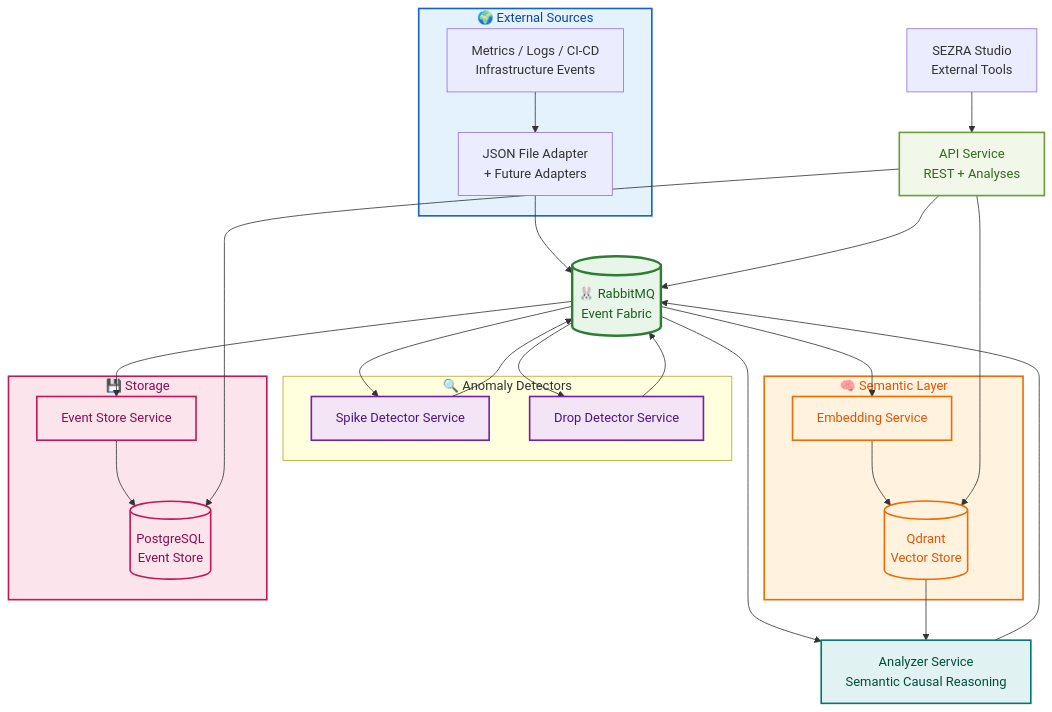
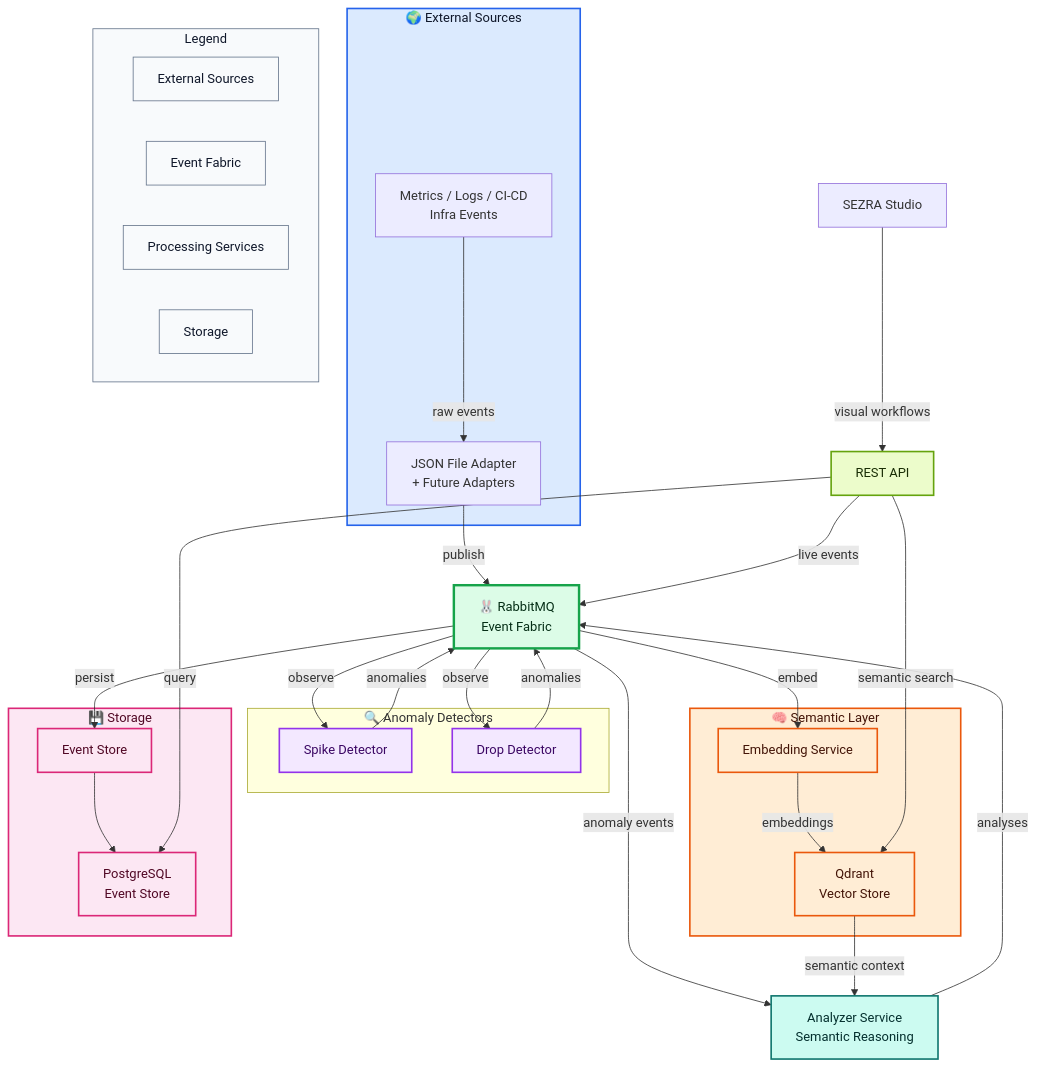
One commit to orhangezginci/sezra changed the diagram in README.md. Above: the diagram before and after it, drawn with Mermaid. The commit also changed other lines of this file, not shown here.

````diff
--- a/README.md
+++ b/README.md
@@ -83,78 +86,112 @@
 ```mermaid
 flowchart TD
-    %% === STYLES ===
-    classDef external fill:#e3f2fd,stroke:#1565c0,stroke-width:2px,color:#0d47a1
-    classDef bus fill:#e8f5e9,stroke:#2e7d32,stroke-width:3px,color:#1b5e20
-    classDef detector fill:#f3e5f5,stroke:#7b1fa2,stroke-width:2px,color:#4a148c
-    classDef semantic fill:#fff3e0,stroke:#ef6c00,stroke-width:2px,color:#e65100
-    classDef storage fill:#fce4ec,stroke:#c2185b,stroke-width:2px,color:#880e4f
-    classDef core fill:#e0f2f1,stroke:#00796b,stroke-width:2px,color:#004d40
-    classDef api fill:#f1f8e9,stroke:#689f38,stroke-width:2px,color:#33691e
 
-    %% === EXTERNAL INPUTS ===
+    %% =========================
+    %% STYLES
+    %% =========================
+    classDef external fill:#dbeafe,stroke:#2563eb,stroke-width:2px,color:#0f172a
+    classDef bus fill:#dcfce7,stroke:#16a34a,stroke-width:3px,color:#052e16
+    classDef detector fill:#f3e8ff,stroke:#9333ea,stroke-width:2px,color:#3b0764
+    classDef semantic fill:#ffedd5,stroke:#ea580c,stroke-width:2px,color:#431407
+    classDef storage fill:#fce7f3,stroke:#db2777,stroke-width:2px,color:#500724
+    classDef core fill:#ccfbf1,stroke:#0f766e,stroke-width:2px,color:#042f2e
+    classDef api fill:#ecfccb,stroke:#65a30d,stroke-width:2px,color:#1a2e05
+    classDef legend fill:#f8fafc,stroke:#64748b,stroke-width:1px,color:#0f172a
+
+    %% =========================
+    %% EXTERNAL INPUTS
+    %% =========================
     subgraph External["🌍 External Sources"]
-        ADAPTER[JSON File Adapter<br/>+ Future Adapters]
-        EXTERNAL[Metrics / Logs / CI-CD<br/>Infrastructure Events]
+        ADAPTER["JSON File Adapter<br/>+ Future Adapters"]
+        EXTERNAL["Metrics / Logs / CI-CD<br/>Infra Events"]
     end
 
-    %% === EVENT BUS ===
-    RABBIT[(🐰 RabbitMQ<br/>Event Fabric)]
+    %% =========================
+    %% EVENT BUS
+    %% =========================
+    RABBIT["🐰 RabbitMQ<br/>Event Fabric"]
 
-    %% === DETECTORS ===
+    %% =========================
+    %% DETECTORS
+    %% =========================
     subgraph Detectors["🔍 Anomaly Detectors"]
-        SPIKE[Spike Detector Service]
-        DROP[Drop Detector Service]
+        SPIKE["Spike Detector"]
+        DROP["Drop Detector"]
     end
 
-    %% === SEMANTIC LAYER ===
+    %% =========================
+    %% SEMANTIC LAYER
+    %% =========================
     subgraph Semantic["🧠 Semantic Layer"]
-        EMBED[Embedding Service]
-        QDRANT[(Qdrant<br/>Vector Store)]
+        EMBED["Embedding Service"]
+        QDRANT["Qdrant<br/>Vector Store"]
     end
 
-    %% === CORE PROCESSING ===
-    ANALYZER[Analyzer Service<br/>Semantic Causal Reasoning]
+    %% =========================
+    %% CORE PROCESSING
+    %% =========================
+    ANALYZER["Analyzer Service<br/>Semantic Reasoning"]
 
-    %% === STORAGE ===
+    %% =========================
+    %% STORAGE
+    %% =========================
     subgraph Storage["💾 Storage"]
-        EVENTSTORE[Event Store Service]
-        PG[(PostgreSQL<br/>Event Store)]
+        EVENTSTORE["Event Store"]
+        PG["PostgreSQL<br/>Event Store"]
     end
 
-    %% === OUTPUT ===
-    API[API Service<br/>REST + Analyses]
+    %% =========================
+    %% OUTPUT
+    %% =========================
+    API["REST API"]
 
-    %% === FUTURE ===
-    STUDIO[SEZRA Studio<br/>External Tools]
+    %% =========================
+    %% FUTURE
+    %% =========================
+    STUDIO["SEZRA Studio"]
 
-    %% === DATA FLOW ===
-    EXTERNAL --> ADAPTER
-    ADAPTER --> RABBIT
+    %% =========================
+    %% LEGEND
+    %% =========================
+    subgraph Legend["Legend"]
+        L1["External Sources"]
+        L2["Event Fabric"]
+        L3["Processing Services"]
+        L4["Storage"]
+    end
 
-    RABBIT --> SPIKE
-    RABBIT --> DROP
-    RABBIT --> EMBED
+    %% =========================
+    %% DATA FLOW
+    %% =========================
+    EXTERNAL -->|"raw events"| ADAPTER
+    ADAPTER -->|"publish"| RABBIT
 
-    SPIKE --> RABBIT
-    DROP --> RABBIT
+    RABBIT -->|"observe"| SPIKE
+    RABBIT -->|"observe"| DROP
+    RABBIT -->|"embed"| EMBED
 
-    EMBED --> QDRANT
+    SPIKE -->|"anomalies"| RABBIT
+    DROP -->|"anomalies"| RABBIT
 
-    RABBIT --> ANALYZER
-    QDRANT --> ANALYZER
+    EMBED -->|"embeddings"| QDRANT
 
-    ANALYZER --> RABBIT
+    RABBIT -->|"anomaly events"| ANALYZER
+    QDRANT -->|"semantic context"| ANALYZER
 
-    RABBIT --> EVENTSTORE
+    ANALYZER -->|"analyses"| RABBIT
+
+    RABBIT -->|"persist"| EVENTSTORE
     EVENTSTORE --> PG
 
-    API --> PG
-    API --> QDRANT
-    API --> RABBIT
+    API -->|"query"| PG
+    API -->|"semantic search"| QDRANT
+    API -->|"live events"| RABBIT
 
-    STUDIO --> API
+    STUDIO -->|"visual workflows"| API
 
-    %% === APPLY STYLES ===
+    %% =========================
+    %% APPLY STYLES
+    %% =========================
     class External external
     class RABBIT bus
     class SPIKE,DROP detector
@@ -162,4 +199,5 @@
     class Storage,PG,EVENTSTORE storage
     class ANALYZER core
     class API api
+    class Legend,L1,L2,L3,L4 legend
 ```
````
